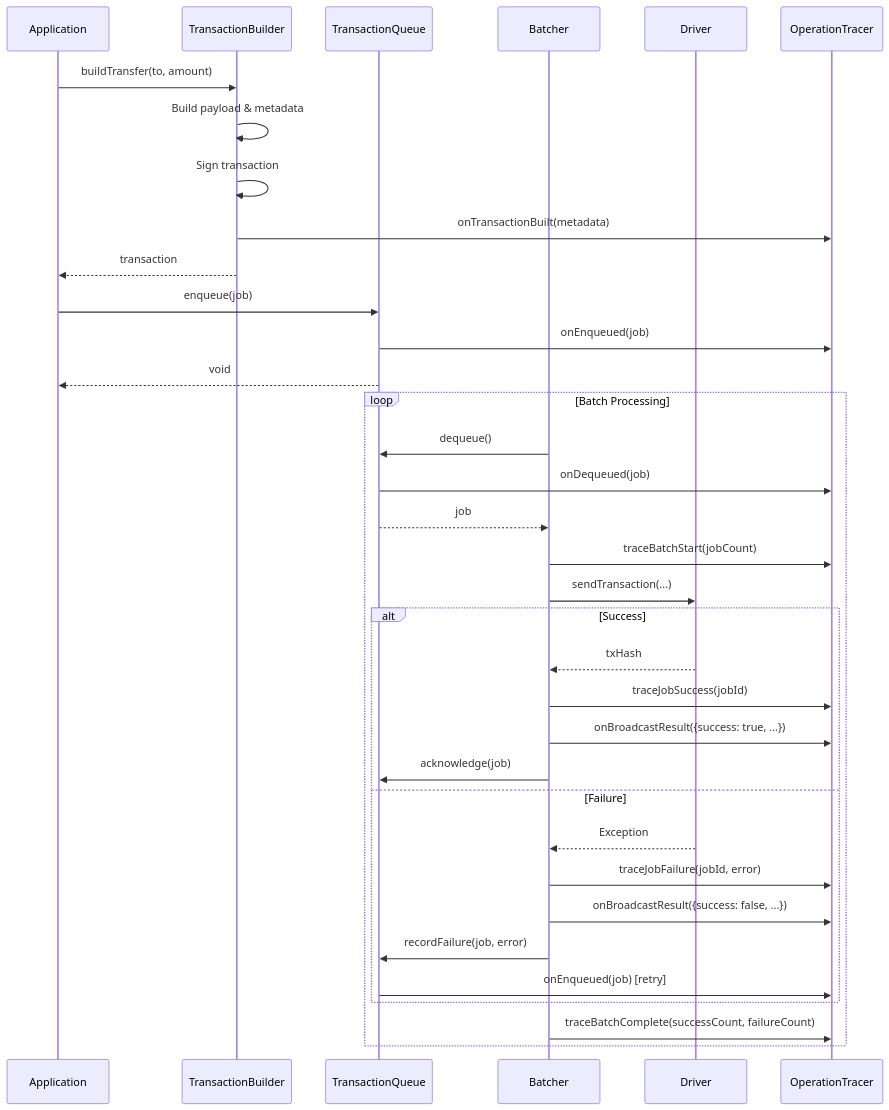
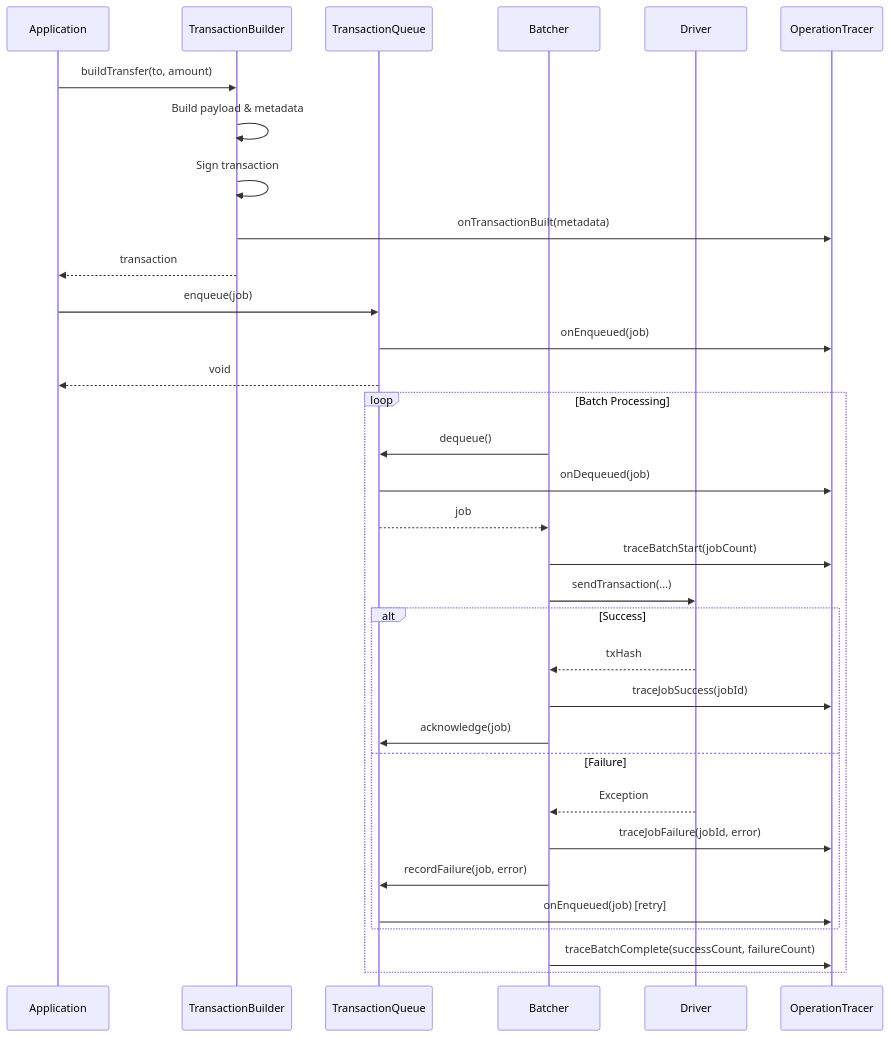
Before and after one commit to azaharizaman/php-blockchain: the third of 7 diagrams in APPLICATION_MERMAID.md, drawn with Mermaid.

````diff
--- a/APPLICATION_MERMAID.md
+++ b/APPLICATION_MERMAID.md
@@ -179,43 +179,43 @@
 ```mermaid
 sequenceDiagram
     participant App as Application
     participant TB as TransactionBuilder
     participant TQ as TransactionQueue
     participant BA as Batcher
     participant DRV as Driver
     participant TRC as OperationTracer
 
     App->>TB: buildTransfer(to, amount)
     TB->>TB: Build payload & metadata
     TB->>TB: Sign transaction
     TB->>TRC: onTransactionBuilt(metadata)
     TB-->>App: transaction
 
     App->>TQ: enqueue(job)
     TQ->>TRC: onEnqueued(job)
     TQ-->>App: void
 
     loop Batch Processing
         BA->>TQ: dequeue()
         TQ->>TRC: onDequeued(job)
         TQ-->>BA: job
         
         BA->>TRC: traceBatchStart(jobCount)
         BA->>DRV: sendTransaction(...)
         
         alt Success
             DRV-->>BA: txHash
             BA->>TRC: traceJobSuccess(jobId)
-            BA->>TRC: onBroadcastResult({success: true, ...})
+            %% BA->>TRC: onBroadcastResult({success: true, ...}) -- REMOVED, not called in implementation
             BA->>TQ: acknowledge(job)
         else Failure
             DRV-->>BA: Exception
             BA->>TRC: traceJobFailure(jobId, error)
-            BA->>TRC: onBroadcastResult({success: false, ...})
+            %% BA->>TRC: onBroadcastResult({success: false, ...}) -- REMOVED, not called in implementation
             BA->>TQ: recordFailure(job, error)
             TQ->>TRC: onEnqueued(job) [retry]
         end
         
         BA->>TRC: traceBatchComplete(successCount, failureCount)
     end
 ```
````
